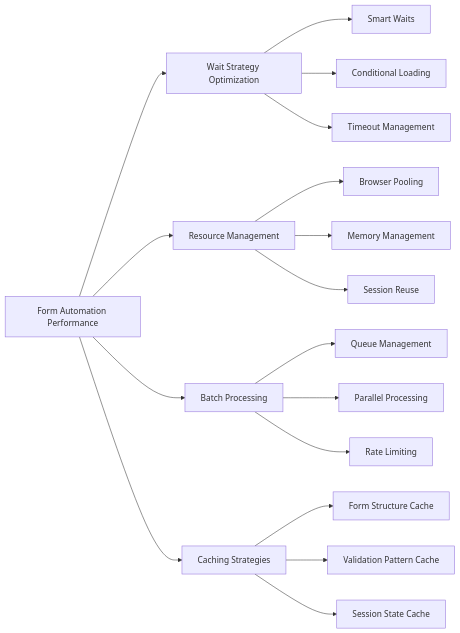
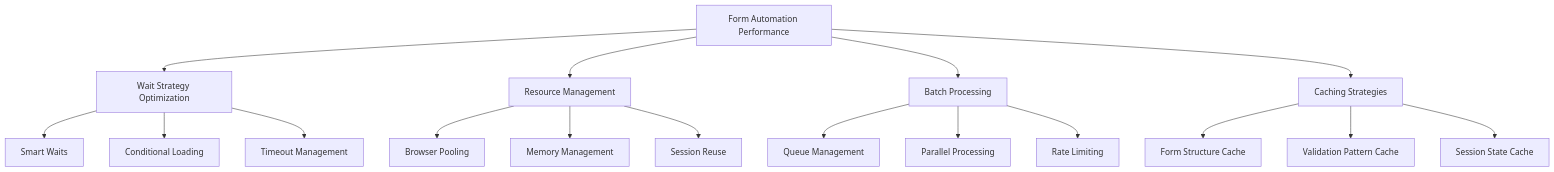
Before and after one commit to bytetunnels/bytetunnels.github.com: the third of 3 diagrams in _posts/2025-05-09-form-filling-automation-simple-inputs-complex-multi-step.md, drawn with Mermaid. The commit also changed 25 other files, not shown here.

Commit message:
chore: fixed mermaid charts

````diff
--- a/_posts/2025-05-09-form-filling-automation-simple-inputs-complex-multi-step.md
+++ b/_posts/2025-05-09-form-filling-automation-simple-inputs-complex-multi-step.md
@@ -390,23 +390,25 @@
 ```mermaid
-graph LR
-    A[Form Automation Performance] --> B[Wait Strategy Optimization]
+graph TD
+    A[Form Automation Performance]
+
+    A --> B[Wait Strategy Optimization]
     A --> C[Resource Management]
     A --> D[Batch Processing]
     A --> E[Caching Strategies]
-    
+
     B --> B1[Smart Waits]
     B --> B2[Conditional Loading]
     B --> B3[Timeout Management]
-    
+
     C --> C1[Browser Pooling]
     C --> C2[Memory Management]
     C --> C3[Session Reuse]
-    
+
     D --> D1[Queue Management]
     D --> D2[Parallel Processing]
     D --> D3[Rate Limiting]
-    
+
     E --> E1[Form Structure Cache]
     E --> E2[Validation Pattern Cache]
     E --> E3[Session State Cache]
 ```
````
